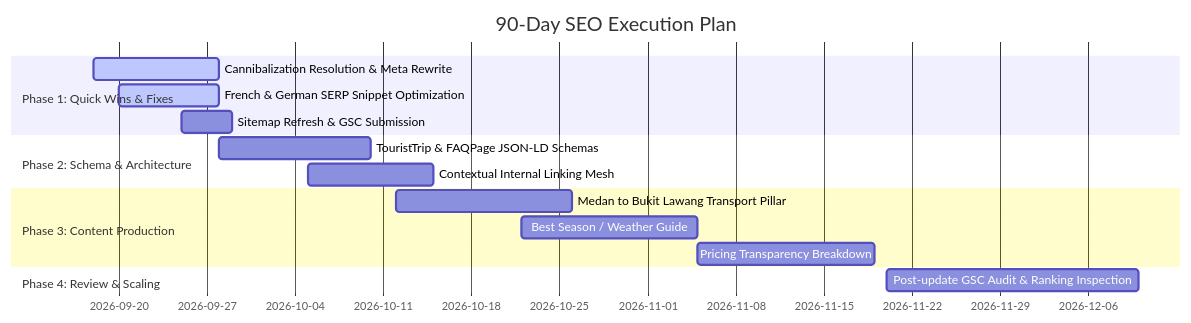
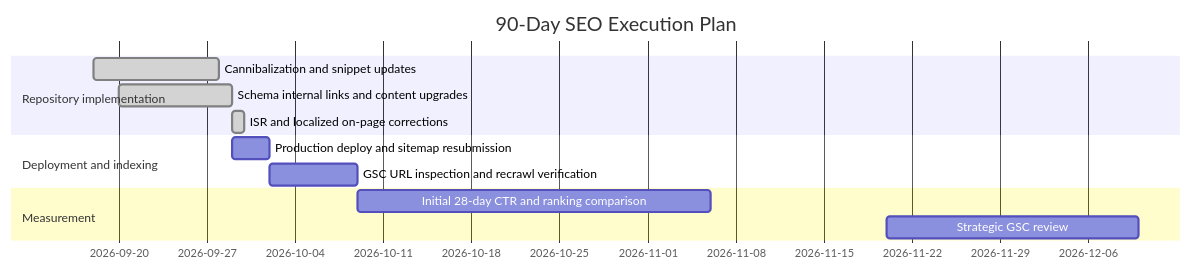
Before and after one commit to luthfisirait/orangutanadventuresumatra: the diagram in gsc_seo_strategy_2026-09-17.md, drawn with Mermaid. The commit also changed other lines of this file and 30 other files, not shown here.

````diff
--- a/gsc_seo_strategy_2026-09-17.md
+++ b/gsc_seo_strategy_2026-09-17.md
@@ -170,18 +178,15 @@
 ```mermaid
 gantt
     title 90-Day SEO Execution Plan
     dateFormat  YYYY-MM-DD
-    section Phase 1: Quick Wins & Fixes
-    Cannibalization Resolution & Meta Rewrite     :active, p1_1, 2026-09-18, 10d
-    French & German SERP Snippet Optimization     :active, p1_2, 2026-09-20, 8d
-    Sitemap Refresh & GSC Submission              :p1_3, 2026-09-25, 4d
-    section Phase 2: Schema & Architecture
-    TouristTrip & FAQPage JSON-LD Schemas         :p2_1, 2026-09-28, 12d
-    Contextual Internal Linking Mesh              :p2_2, 2026-10-05, 10d
-    section Phase 3: Content Production
-    Medan to Bukit Lawang Transport Pillar        :p3_1, 2026-10-12, 14d
-    Best Season / Weather Guide                   :p3_2, 2026-10-22, 14d
-    Pricing Transparency Breakdown                :p3_3, 2026-11-05, 14d
-    section Phase 4: Review & Scaling
-    Post-update GSC Audit & Ranking Inspection    :p4_1, 2026-11-20, 20d
+    section Repository implementation
+    Cannibalization and snippet updates           :done, p1_1, 2026-09-18, 10d
+    Schema internal links and content upgrades    :done, p2_1, 2026-09-20, 9d
+    ISR and localized on-page corrections         :done, p2_2, 2026-09-29, 1d
+    section Deployment and indexing
+    Production deploy and sitemap resubmission    :p3_1, 2026-09-29, 3d
+    GSC URL inspection and recrawl verification   :p3_2, after p3_1, 7d
+    section Measurement
+    Initial 28-day CTR and ranking comparison     :p4_1, after p3_2, 28d
+    Strategic GSC review                          :p4_2, 2026-11-20, 20d
 ```
````
